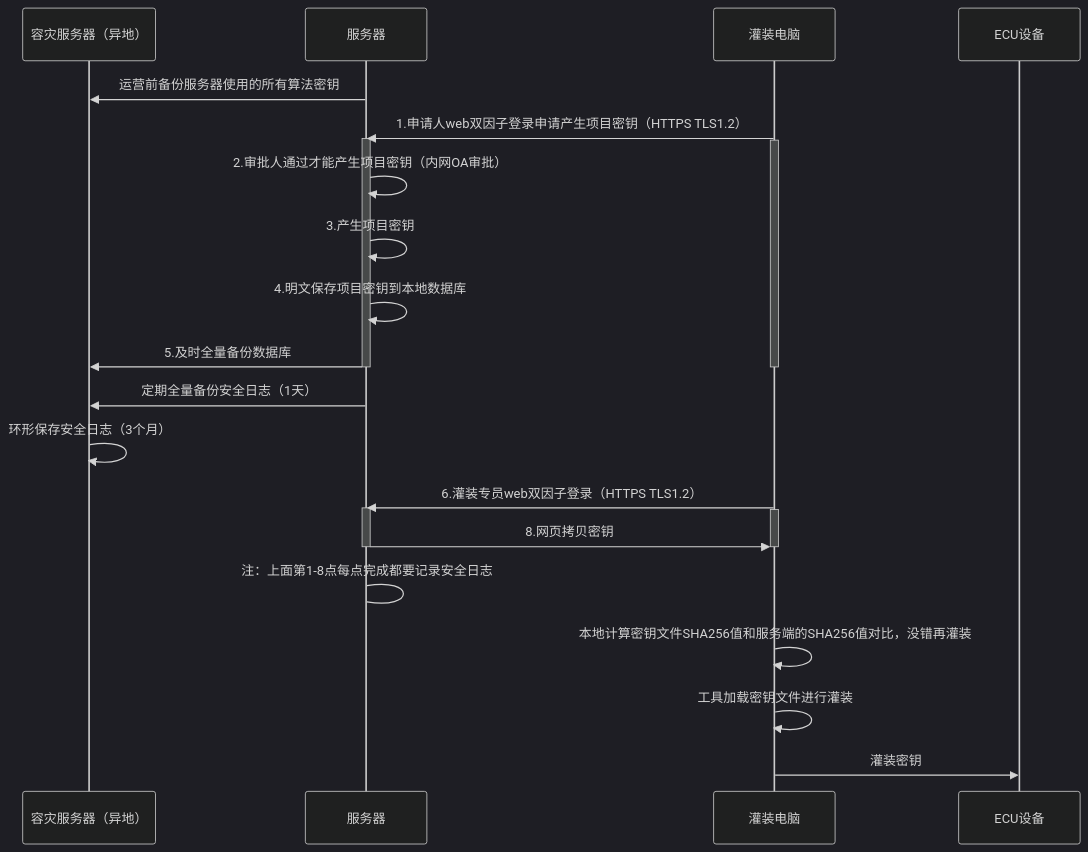
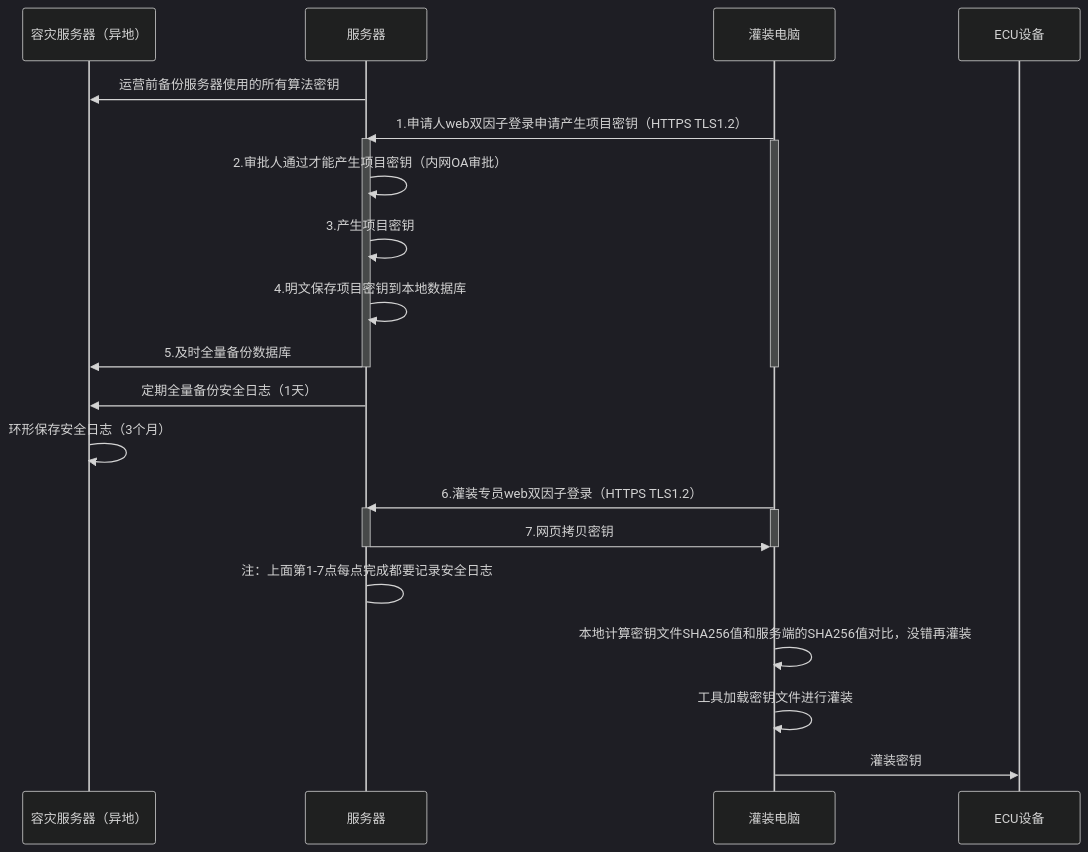
The diagram in all/未命名-20.md (facebook-cloud/iodraw-files), drawn with Mermaid (dark theme) before and after one commit.

Commit message:
2026-03-28 09:27:49 update

````diff
--- a/all/未命名-20.md
+++ b/all/未命名-20.md
@@ -1,35 +1,35 @@
 ```mermaid
 sequenceDiagram
     participant A as 容灾服务器（异地）
     participant B as 服务器
     participant D as 灌装电脑
     participant E as ECU设备
 
     B->>A: 运营前备份服务器使用的所有算法密钥
     D->>B: 1.申请人web双因子登录申请产生项目密钥（HTTPS TLS1.2）
     activate B
     activate D
     B->>B: 2.审批人通过才能产生项目密钥（内网OA审批）
     B->>B: 3.产生项目密钥
     B->>B: 4.明文保存项目密钥到本地数据库
     B->>A: 5.及时全量备份数据库
 
     deactivate B
     deactivate D
 
     B->>A: 定期全量备份安全日志（1天）
     A->>A: 环形保存安全日志（3个月）
     
     D->>B: 6.灌装专员web双因子登录（HTTPS TLS1.2）
     activate B
     activate D
-    B->>D: 8.网页拷贝密钥
+    B->>D: 7.网页拷贝密钥
     deactivate B
     deactivate D
-    B->B: 注：上面第1-8点每点完成都要记录安全日志
+    B->B: 注：上面第1-7点每点完成都要记录安全日志
 
     D->>D:本地计算密钥文件SHA256值和服务端的SHA256值对比，没错再灌装
     D->>D:工具加载密钥文件进行灌装
     
     D->>E: 灌装密钥
 ```
````
